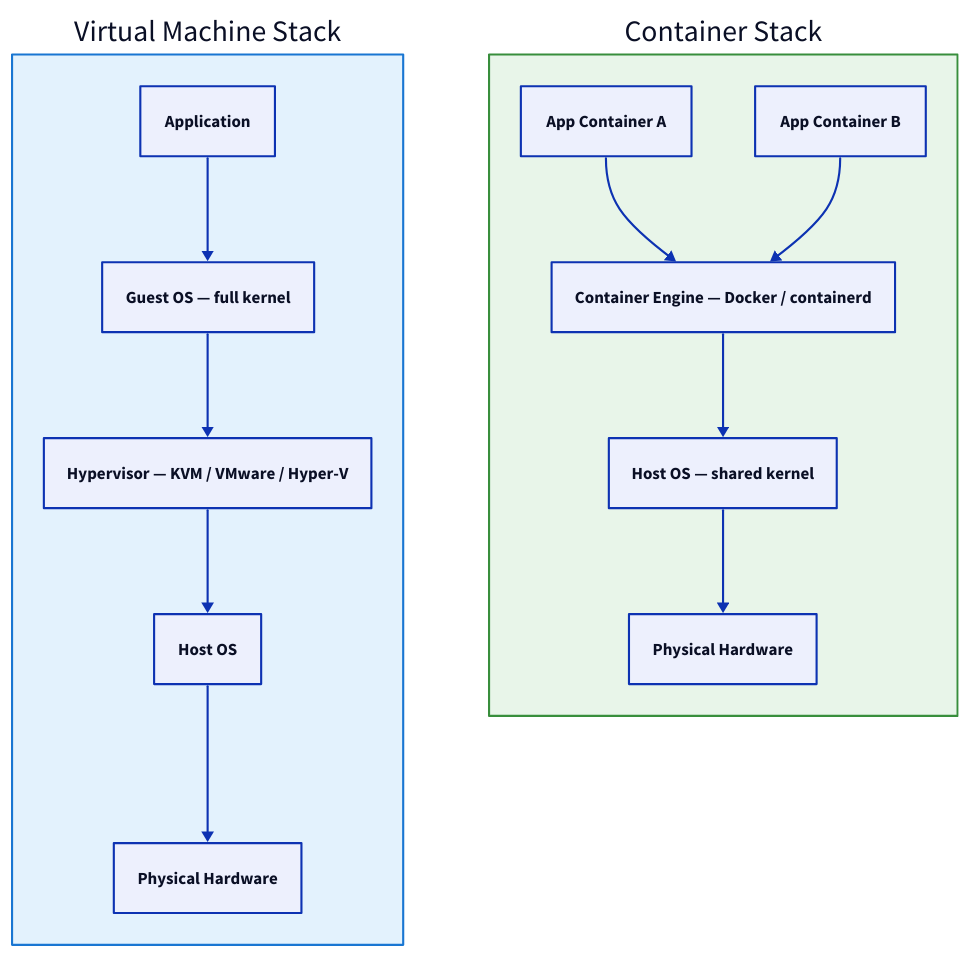
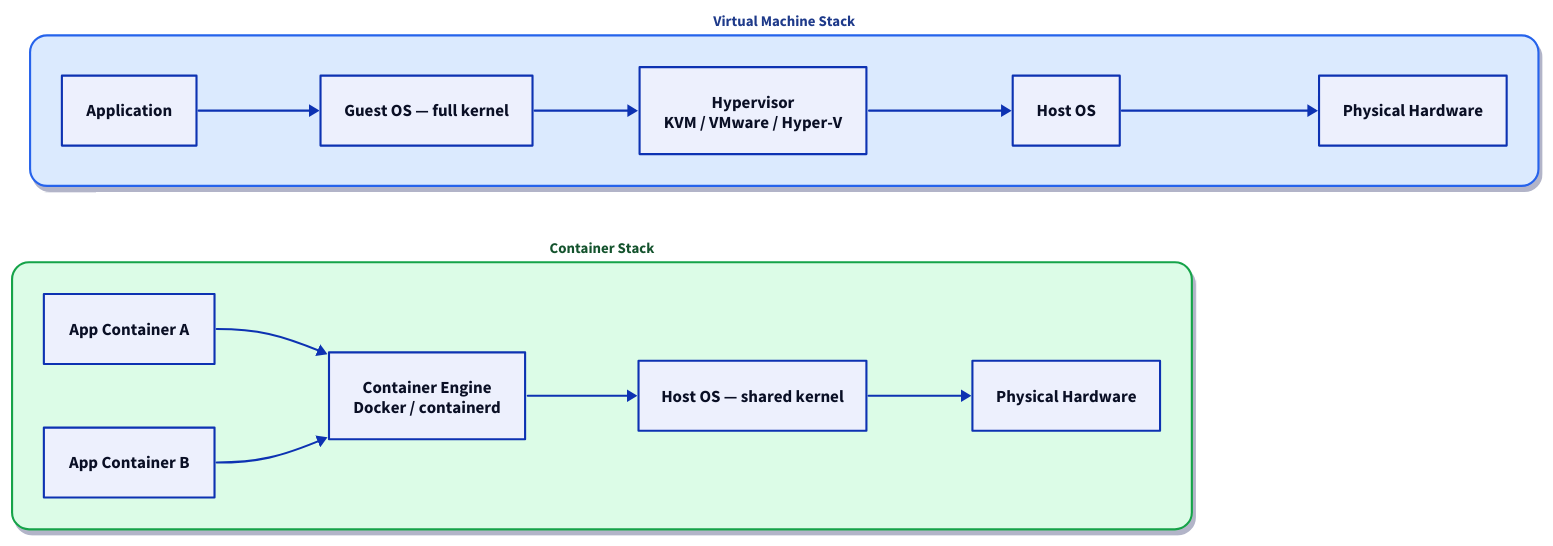
The first of 2 diagrams in docs/docker/introduction-to-containers-and-docker.md (rebash-rebash/rebash-academy), drawn with D2 before and after one commit. The commit also changed other lines of this file and 177 other files, not shown here.

First line of the commit message:
Ship Terraform track, diagram polish, and new brand favicon.

````diff
--- a/docs/docker/introduction-to-containers-and-docker.md
+++ b/docs/docker/introduction-to-containers-and-docker.md
@@ -55,34 +55,46 @@
 ```d2
-direction: down
+direction: right
+
+*: {
+  style: {
+    border-radius: 16
+    font-size: 14
+    bold: true
+    shadow: true
+    stroke-width: 2
+  }
+}
+
+(** -> **)[*]: {
+  style.stroke-width: 2
+  style.font-size: 13
+  style.bold: true
+  style.font-color: "#0f172a"
+}
 
 VM: "Virtual Machine Stack" {
-      style: {
-        fill: "#e3f2fd"
-        stroke: "#1976d2"
-      }
-        APP_VM: Application
-        OS_GUEST: "Guest OS — full kernel"
-        HYP: "Hypervisor — KVM / VMware / Hyper-V"
-        HOST_OS_VM: "Host OS"
-        HW_VM: "Physical Hardware"
-        APP_VM -> OS_GUEST
-        OS_GUEST -> HYP
-        HYP -> HOST_OS_VM
-        HOST_OS_VM -> HW_VM
-    }
-    CONTAINER: "Container Stack" {
-      style: {
-        fill: "#e8f5e9"
-        stroke: "#388e3c"
-      }
-        APP_C1: "App Container A"
-        APP_C2: "App Container B"
-        ENGINE: "Container Engine — Docker / containerd"
-        HOST_OS_C: "Host OS — shared kernel"
-        HW_C: "Physical Hardware"
-        APP_C1 -> ENGINE
-        APP_C2 -> ENGINE
-        ENGINE -> HOST_OS_C
-        HOST_OS_C -> HW_C
-    }
+  style.fill: "#dbeafe"
+  style.stroke: "#2563eb"
+  style.font-color: "#1e3a8a"
+  APP_VM: Application
+  OS_GUEST: "Guest OS — full kernel"
+  HYP: "Hypervisor\nKVM / VMware / Hyper-V"
+  HOST_OS_VM: "Host OS"
+  HW_VM: "Physical Hardware"
+  APP_VM -> OS_GUEST -> HYP -> HOST_OS_VM -> HW_VM
+}
+
+CONTAINER: "Container Stack" {
+  style.fill: "#dcfce7"
+  style.stroke: "#16a34a"
+  style.font-color: "#14532d"
+  APP_C1: "App Container A"
+  APP_C2: "App Container B"
+  ENGINE: "Container Engine\nDocker / containerd"
+  HOST_OS_C: "Host OS — shared kernel"
+  HW_C: "Physical Hardware"
+  APP_C1 -> ENGINE
+  APP_C2 -> ENGINE
+  ENGINE -> HOST_OS_C -> HW_C
+}
 ```
````
